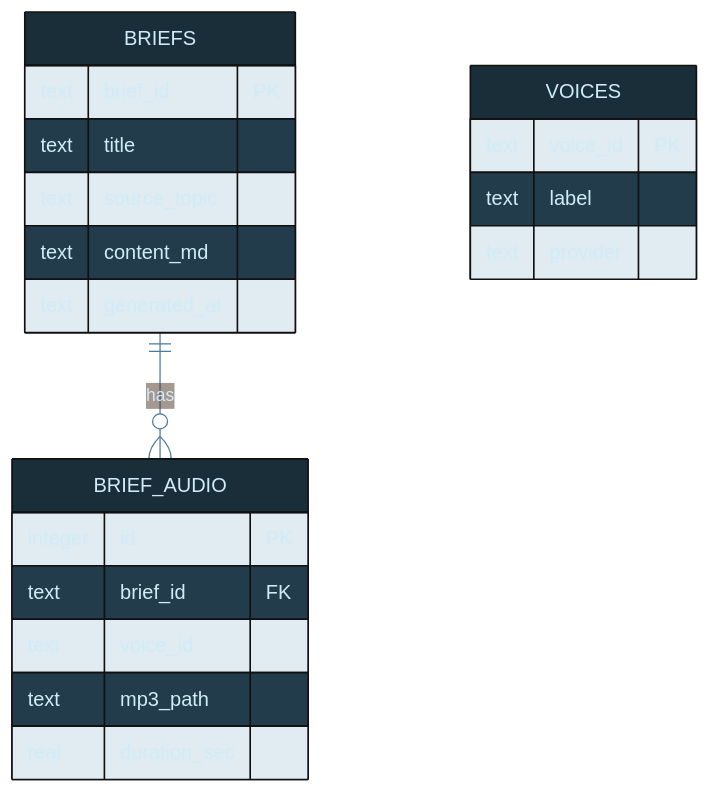
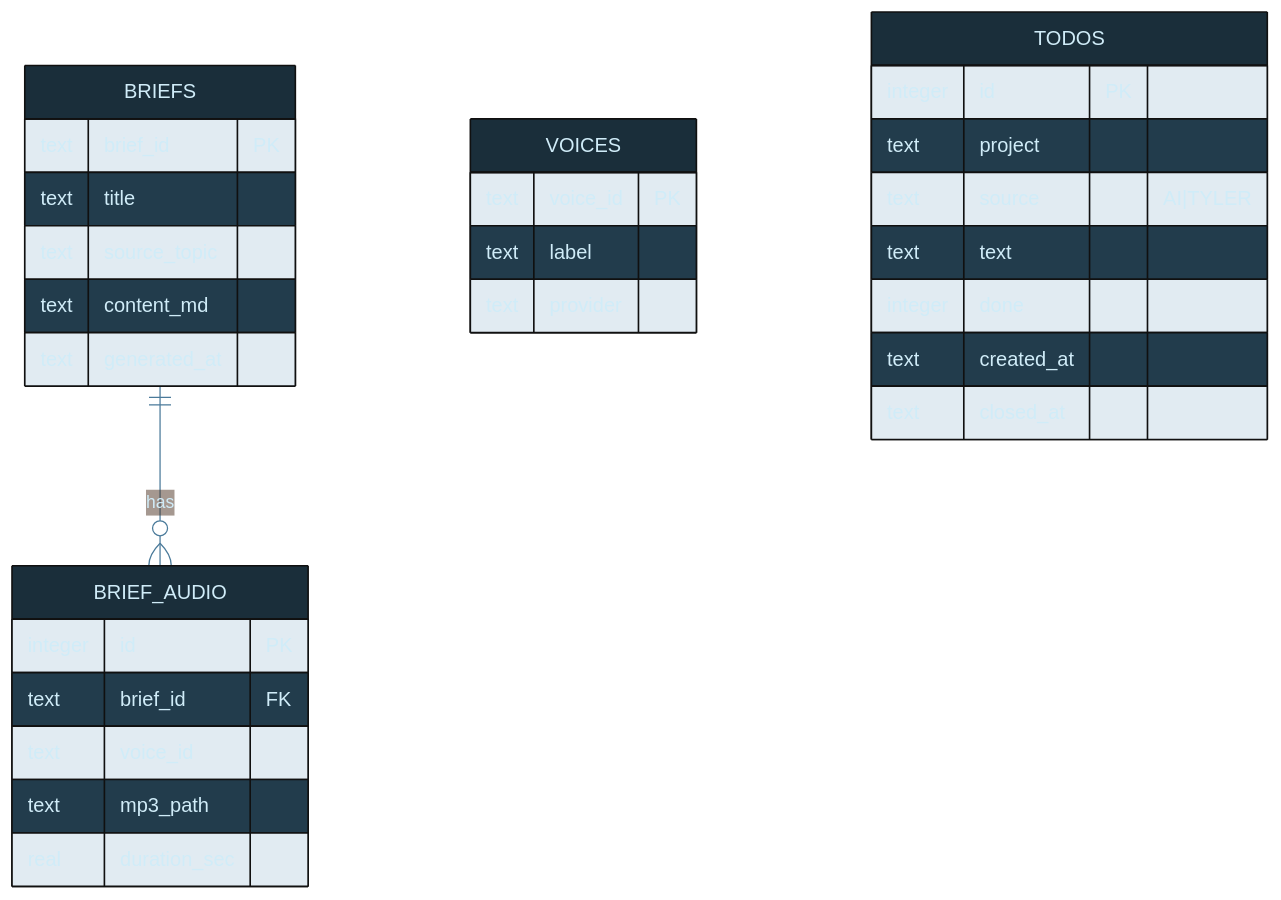
One commit to tylerdrakemusic/-Workspace changed the diagram in diagrams/manifest-db-schema.mmd. Above: the diagram before and after it, drawn with Mermaid. The commit also changed 3 other files, not shown here.

Commit message:
docs(diagrams): update manifest diagrams for PR#12 todo-db-cards

```diff
--- a/diagrams/manifest-db-schema.mmd
+++ b/diagrams/manifest-db-schema.mmd
@@ -1,22 +1,31 @@
 %%{init: {'theme': 'base', 'themeVariables': {'primaryColor': '#1a2e3a', 'primaryTextColor': '#d0ecf8', 'edgeLabelBackground': '#0f1318', 'lineColor': '#4a7a9a'}}}%%
 erDiagram
     BRIEFS ||--o{ BRIEF_AUDIO : has
     BRIEFS {
         text brief_id PK
         text title
         text source_topic
         text content_md
         text generated_at
     }
     BRIEF_AUDIO {
         integer id PK
         text brief_id FK
         text voice_id
         text mp3_path
         real duration_sec
     }
     VOICES {
         text voice_id PK
         text label
         text provider
     }
+    TODOS {
+        integer id PK
+        text project
+        text source "AI|TYLER"
+        text text
+        integer done
+        text created_at
+        text closed_at
+    }
```
